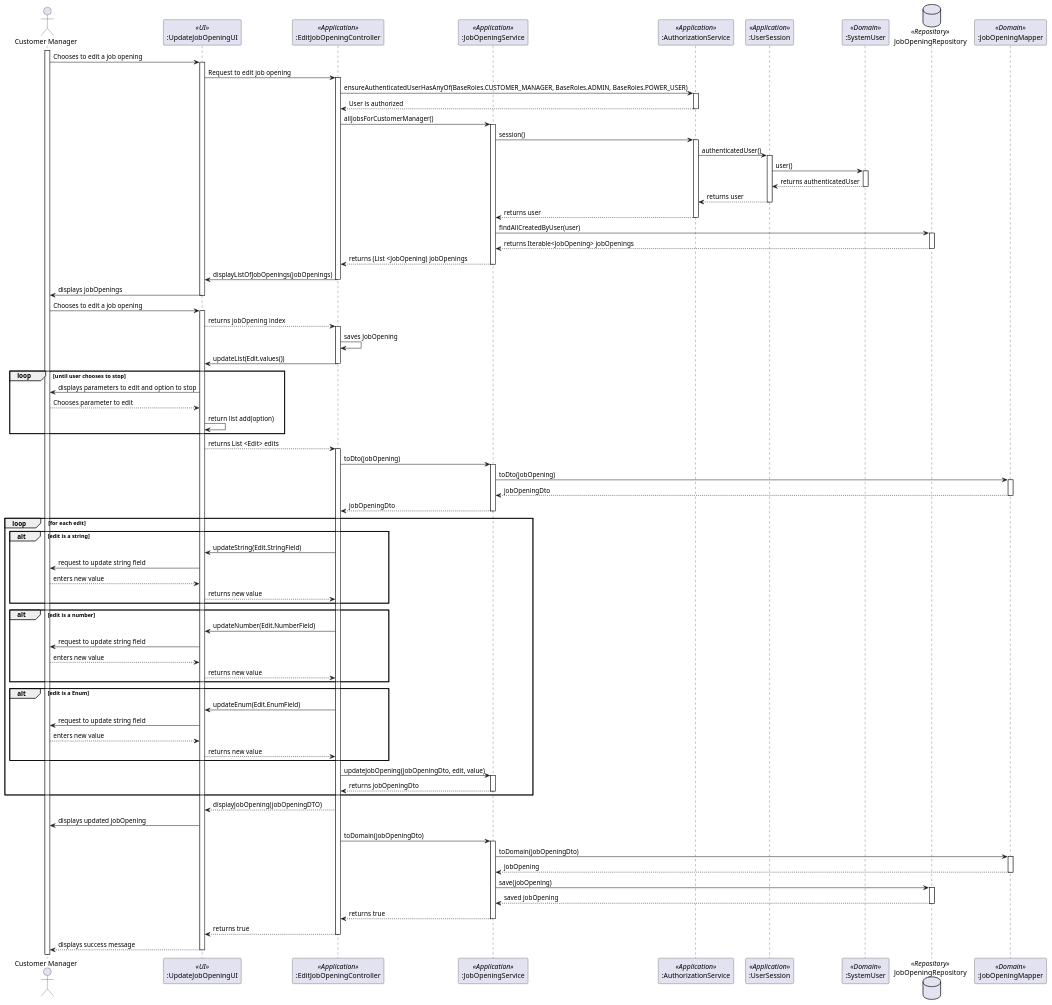
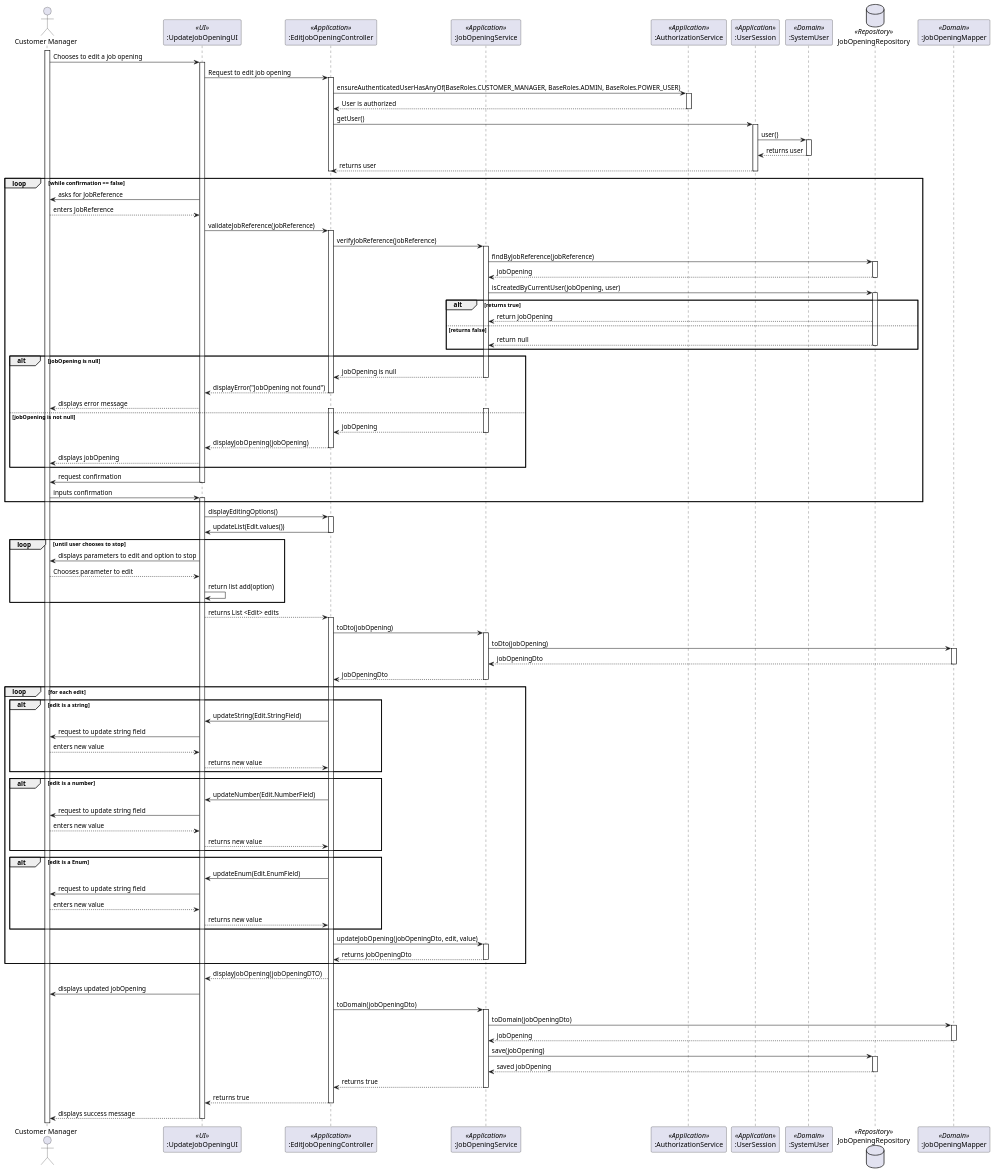
One commit to marcoferreira37/Lapr4 changed the diagram in docs/sprintC/1004/puml/1004-sequence-diagram.puml. Above: the diagram before and after it, drawn with PlantUML.

Commit message:
#36 [US1004] - final alterations to ssd

```diff
--- a/docs/sprintC/1004/puml/1004-sequence-diagram.puml
+++ b/docs/sprintC/1004/puml/1004-sequence-diagram.puml
@@ -1,138 +1,158 @@
 @startuml
 Actor "Customer Manager" as User
 participant ":UpdateJobOpeningUI" as UI <<UI>>
 participant ":EditJobOpeningController" as Controller <<Application>>
 participant ":JobOpeningService" as JobOpeningService <<Application>>
 
 participant ":AuthorizationService" as Auth <<Application>>
 participant ":UserSession" as UserSession <<Application>>
 participant ":SystemUser" as SystemUser <<Domain>>
 database "JobOpeningRepository" as jobrepo <<Repository>>
 participant ":JobOpeningMapper" as JobOpeningMapper <<Domain>>
 
 
 activate User
 
 User -> UI: Chooses to edit a job opening
 activate UI
 
 UI -> Controller : Request to edit job opening
 activate Controller
 
 Controller -> Auth : ensureAuthenticatedUserHasAnyOf(BaseRoles.CUSTOMER_MANAGER, BaseRoles.ADMIN, BaseRoles.POWER_USER)
 activate Auth
 
 Auth --> Controller : User is authorized
 deactivate Auth
-Controller -> JobOpeningService : allJobsForCustomerManager()
-activate JobOpeningService
 
-JobOpeningService -> Auth: session()
-activate Auth
-
-Auth -> UserSession : authenticatedUser()
+Controller -> UserSession : getUser()
 activate UserSession
-
 UserSession -> SystemUser: user()
 activate SystemUser
+SystemUser --> UserSession: returns user
+deactivate SystemUser
+UserSession --> Controller: returns user
+deactivate UserSession
+deactivate Controller
+loop while confirmation == false
 
-SystemUser --> UserSession : returns authenticatedUser
-deactivate SystemUser
-UserSession --> Auth : returns user
-deactivate UserSession
-Auth --> JobOpeningService : returns user
-deactivate Auth
-JobOpeningService -> jobrepo : findAllCreatedByUser(user)
+UI -> User: asks for JobReference
+User --> UI: enters JobReference
+
+UI -> Controller : validateJobReference(jobReference)
+activate Controller
+Controller -> JobOpeningService: verifyJobReference(jobReference)
+activate JobOpeningService
+JobOpeningService -> jobrepo: findByJobReference(jobReference)
 activate jobrepo
-jobrepo --> JobOpeningService : returns Iterable<JobOpening> jobOpenings
+jobrepo --> JobOpeningService: jobOpening
 deactivate jobrepo
-JobOpeningService --> Controller : returns (List <JobOpening) jobOpenings
+JobOpeningService -> jobrepo: isCreatedByCurrentUser(jobOpening, user)
+activate jobrepo
+alt returns true
+jobrepo --> JobOpeningService: return jobOpening
+
+else returns false
+jobrepo --> JobOpeningService: return null
+deactivate jobrepo
+end
+alt jobOpening is null
+JobOpeningService --> Controller: jobOpening is null
 deactivate JobOpeningService
-Controller -> UI : displayListOfJobOpenings(jobOpenings)
+Controller --> UI: displayError("JobOpening not found")
 deactivate Controller
-UI -> User : displays jobOpenings
+UI --> User: displays error message
+else jobOpening is not null
+activate JobOpeningService
+activate Controller
+JobOpeningService --> Controller: jobOpening
+deactivate JobOpeningService
+
+Controller --> UI: displayJobOpening(jobOpening)
+deactivate Controller
+UI --> User: displays jobOpening
+end
+UI -> User: request confirmation
 deactivate UI
-User -> UI : Chooses to edit a job opening
+User -> UI: inputs confirmation
 activate UI
-
-UI --> Controller: returns jobOpening index
+end
+UI -> Controller: displayEditingOptions()
 activate Controller
-
-Controller -> Controller: saves JobOpening
 
 Controller -> UI : updateList(Edit.values())
 deactivate Controller
 loop until user chooses to stop
 UI -> User : displays parameters to edit and option to stop
 User --> UI : Chooses parameter to edit
 UI -> UI: return list add(option)
 end
 UI --> Controller : returns List <Edit> edits
 activate Controller
 
 Controller -> JobOpeningService : toDto(jobOpening)
 activate JobOpeningService
 
  JobOpeningService -> JobOpeningMapper: toDto(jobOpening)
  activate JobOpeningMapper
 
  JobOpeningMapper --> JobOpeningService: jobOpeningDto
  deactivate JobOpeningMapper
 
  JobOpeningService --> Controller: jobOpeningDto
   deactivate JobOpeningService
 
 loop for each edit
 
 alt edit is a string
 Controller -> UI : updateString(Edit.StringField)
 UI -> User : request to update string field
 User --> UI : enters new value
 UI --> Controller : returns new value
 end
 
 alt edit is a number
 Controller -> UI : updateNumber(Edit.NumberField)
 UI -> User : request to update string field
 User --> UI : enters new value
 UI --> Controller : returns new value
 end
 
 alt edit is a Enum
 Controller -> UI : updateEnum(Edit.EnumField)
 UI -> User : request to update string field
 User --> UI : enters new value
 UI --> Controller : returns new value
 end
 
 Controller -> JobOpeningService : updateJobOpening(jobOpeningDto, edit, value)
 activate JobOpeningService
 
 JobOpeningService --> Controller : returns jobOpeningDto
 deactivate JobOpeningService
 end
 
 Controller --> UI : displayJobOpening(jobOpeningDTO)
 
 UI -> User : displays updated jobOpening
 
 Controller -> JobOpeningService : toDomain(jobOpeningDto)
 activate JobOpeningService
 
 JobOpeningService -> JobOpeningMapper: toDomain(jobOpeningDto)
 activate JobOpeningMapper
 
  JobOpeningMapper --> JobOpeningService: jobOpening
 deactivate JobOpeningMapper
 
  JobOpeningService -> jobrepo: save(jobOpening)
  activate jobrepo
  jobrepo --> JobOpeningService: saved jobOpening
 deactivate jobrepo
 JobOpeningService --> Controller: returns true
 deactivate JobOpeningService
 Controller --> UI : returns true
 deactivate Controller
 UI --> User : displays success message
 deactivate UI
 @enduml
```
